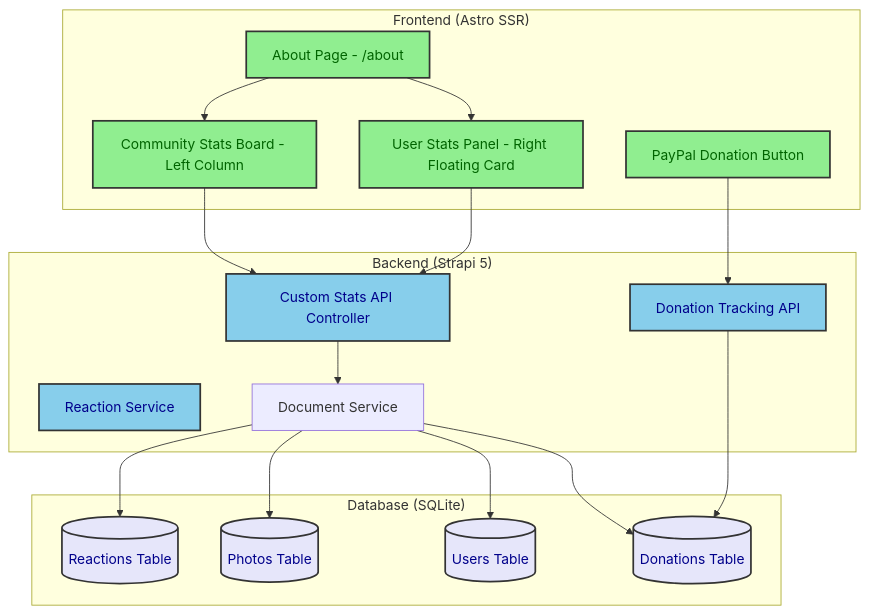
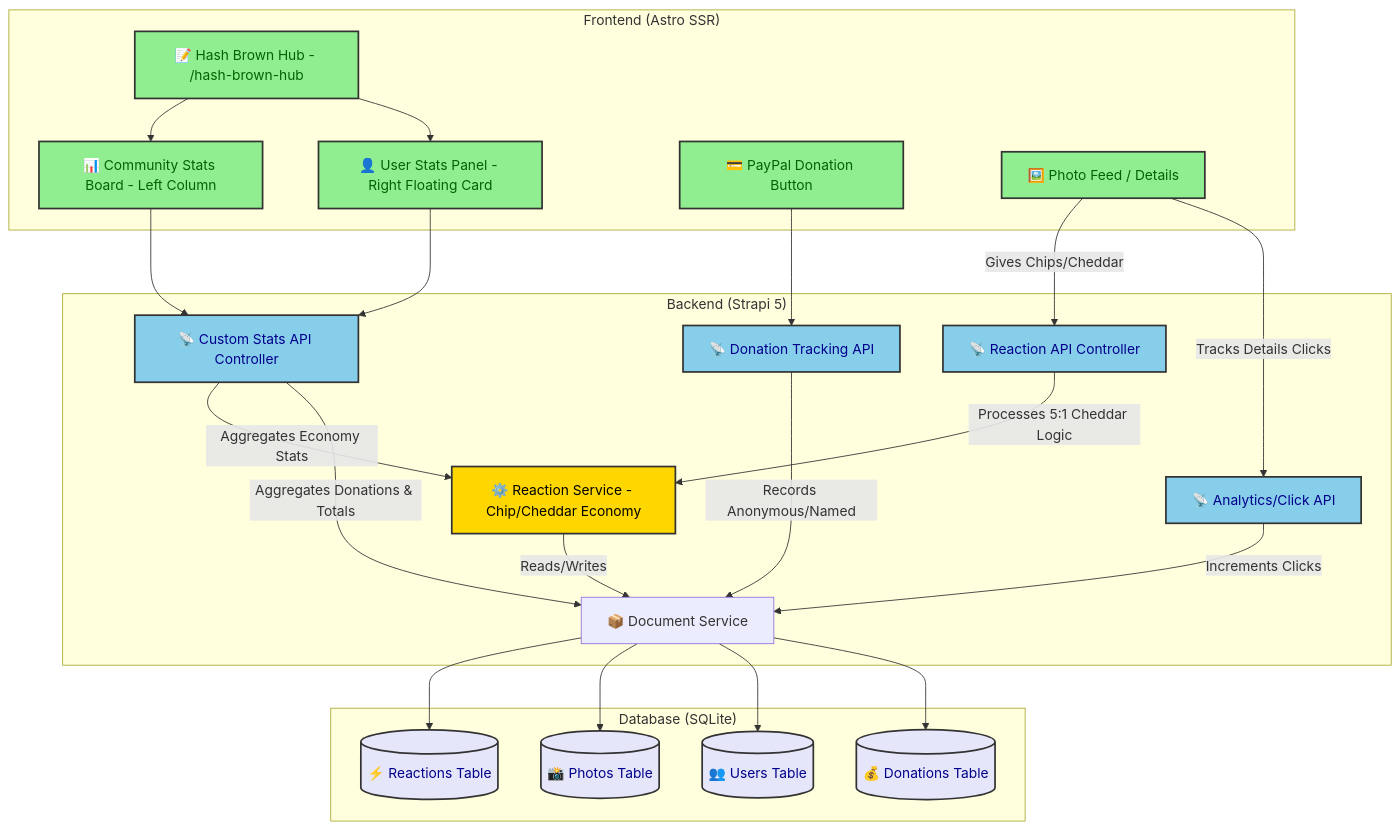
The diagram in docs/stats_board_flow.mmd (chipsxp/Strapi-Click-Frame), drawn with Mermaid before and after one commit. The commit also changed 28 other files, not shown here.

```diff
--- a/docs/stats_board_flow.mmd
+++ b/docs/stats_board_flow.mmd
@@ -1,42 +1,58 @@
 graph TB
     subgraph "Frontend (Astro SSR)"
-        AboutPage[About Page - /about]
-        StatsBoard[Community Stats Board - Left Column]
-        UserPanel[User Stats Panel - Right Floating Card]
-        PayPalBtn[PayPal Donation Button]
+        AboutPage[📝 Hash Brown Hub - /hash-brown-hub]
+        StatsBoard[📊 Community Stats Board - Left Column]
+        UserPanel[👤 User Stats Panel - Right Floating Card]
+        PayPalBtn[💳 PayPal Donation Button]
+        PhotoViews[🖼️ Photo Feed / Details]
     end
 
     subgraph "Backend (Strapi 5)"
-        StatsAPI[Custom Stats API Controller]
-        DonationAPI[Donation Tracking API]
-        ReactionSvc[Reaction Service]
-        DocSvc[Document Service]
+        StatsAPI[📡 Custom Stats API Controller]
+        ReactionAPI[📡 Reaction API Controller]
+        DonationAPI[📡 Donation Tracking API]
+        AnalyticsAPI[📡 Analytics/Click API]
+        ReactionSvc[⚙️ Reaction Service - Chip/Cheddar Economy]
+        DocSvc[📦 Document Service]
     end
 
     subgraph "Database (SQLite)"
-        Reactions[(Reactions Table)]
-        Photos[(Photos Table)]
-        Users[(Users Table)]
-        Donations[(Donations Table)]
+        Reactions[(⚡ Reactions Table)]
+        Photos[(📸 Photos Table)]
+        Users[(👥 Users Table)]
+        Donations[(💰 Donations Table)]
     end
 
+    %% Frontend interactions
     AboutPage --> StatsBoard
     AboutPage --> UserPanel
     StatsBoard --> StatsAPI
     UserPanel --> StatsAPI
     PayPalBtn --> DonationAPI
-    DonationAPI --> Donations
-    StatsAPI --> DocSvc
+    PhotoViews -->|Gives Chips/Cheddar| ReactionAPI
+    PhotoViews -->|Tracks Details Clicks| AnalyticsAPI
+
+    %% Backend routing and aggregation
+    ReactionAPI -->|Processes 5:1 Cheddar Logic| ReactionSvc
+    StatsAPI -->|Aggregates Economy Stats| ReactionSvc
+    StatsAPI -->|Aggregates Donations & Totals| DocSvc
+    DonationAPI -->|Records Anonymous/Named| DocSvc
+    AnalyticsAPI -->|Increments Clicks| DocSvc
+
+    %% Service to DB interactions
+    ReactionSvc -->|Reads/Writes| DocSvc
     DocSvc --> Reactions
     DocSvc --> Photos
     DocSvc --> Users
     DocSvc --> Donations
 
-    %% Styling
+    %% Styling with high contrast and colors
     classDef primary fill:#90EE90,stroke:#333,stroke-width:2px,color:darkgreen
     classDef secondary fill:#87CEEB,stroke:#333,stroke-width:2px,color:darkblue
     classDef database fill:#E6E6FA,stroke:#333,stroke-width:2px,color:darkblue
+    classDef highlight fill:#FFD700,stroke:#333,stroke-width:2px,color:black
     
-    class AboutPage,StatsBoard,UserPanel,PayPalBtn primary
-    class StatsAPI,DonationAPI,ReactionSvc secondary
+    class AboutPage,StatsBoard,UserPanel,PayPalBtn,PhotoViews primary
+    class StatsAPI,DonationAPI,ReactionAPI,AnalyticsAPI secondary
+    class ReactionSvc highlight
     class Reactions,Photos,Users,Donations database
```
